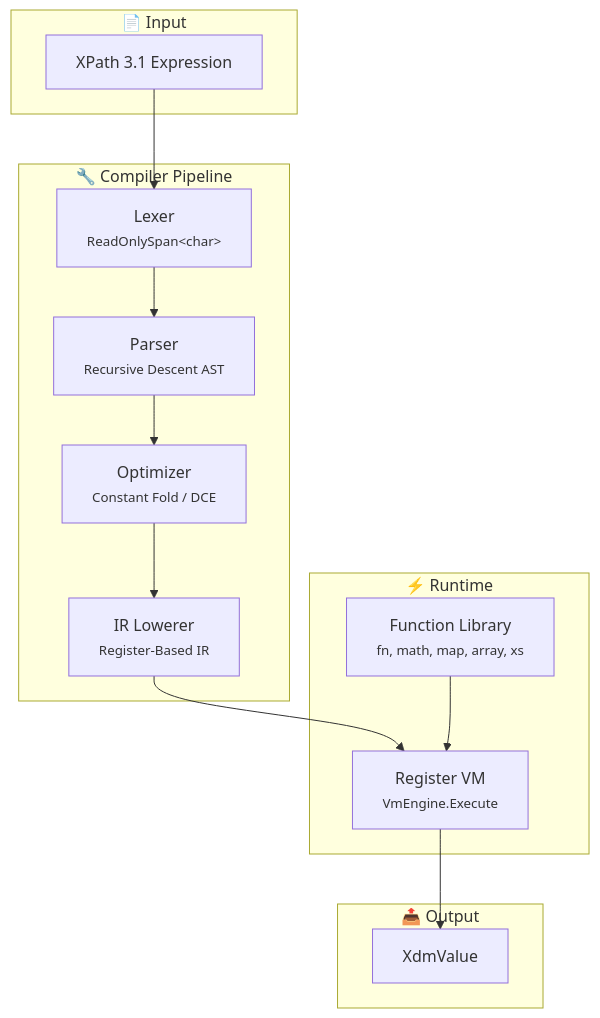
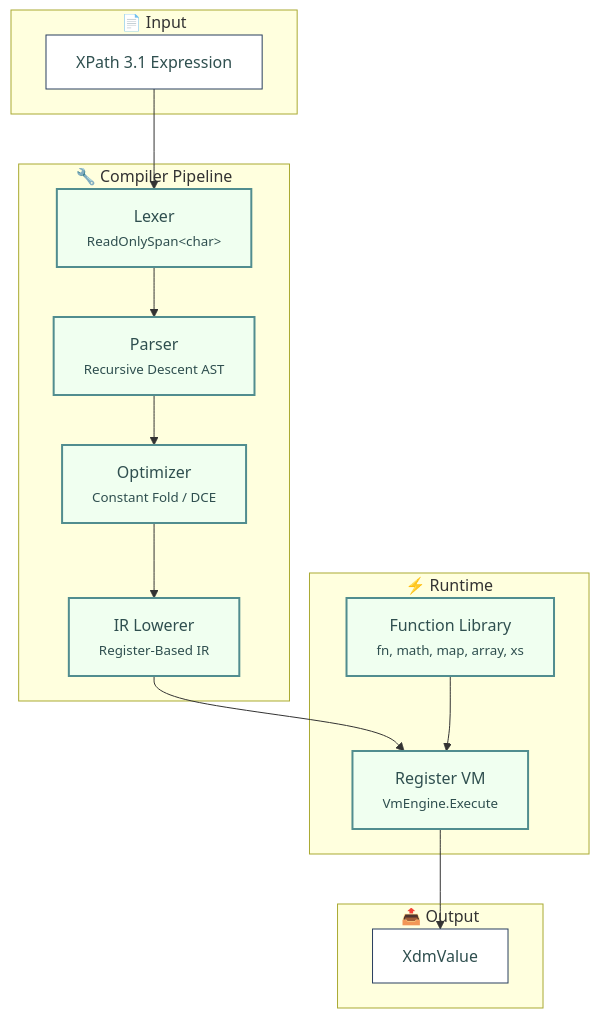
One commit to Fytala-Charles/Bosak changed the diagram in README.md. Above: the diagram before and after it, drawn with Mermaid. The commit also changed other lines of this file and 23 other files, not shown here.

````diff
--- a/README.md
+++ b/README.md
@@ -91,30 +87,36 @@
 ```mermaid
 flowchart TB
     subgraph Input["📄 Input"]
         XPATH["XPath 3.1 Expression"]
     end
 
     subgraph Compiler["🔧 Compiler Pipeline"]
         LEXER["Lexer<br/><small>ReadOnlySpan&lt;char&gt;</small>"]
         PARSER["Parser<br/><small>Recursive Descent AST</small>"]
         OPTIMIZER["Optimizer<br/><small>Constant Fold / DCE</small>"]
         LOWERER["IR Lowerer<br/><small>Register-Based IR</small>"]
     end
 
     subgraph Runtime["⚡ Runtime"]
         VM["Register VM<br/><small>VmEngine.Execute</small>"]
         FUNCS["Function Library<br/><small>fn, math, map, array, xs</small>"]
     end
 
     subgraph Output["📤 Output"]
         XDM["XdmValue"]
     end
 
     XPATH --> LEXER
     LEXER --> PARSER
     PARSER --> OPTIMIZER
     OPTIMIZER --> LOWERER
     LOWERER --> VM
     VM --> XDM
     FUNCS --> VM
+
+    classDef current fill:#F0FFF0,stroke:#518D8F,color:#2F4F4F,stroke-width:2px
+    classDef external fill:#FFFFFF,stroke:#293F5F,color:#2F4F4F
+
+    class LEXER,PARSER,OPTIMIZER,LOWERER,VM,FUNCS current
+    class XPATH,XDM external
 ```
````
